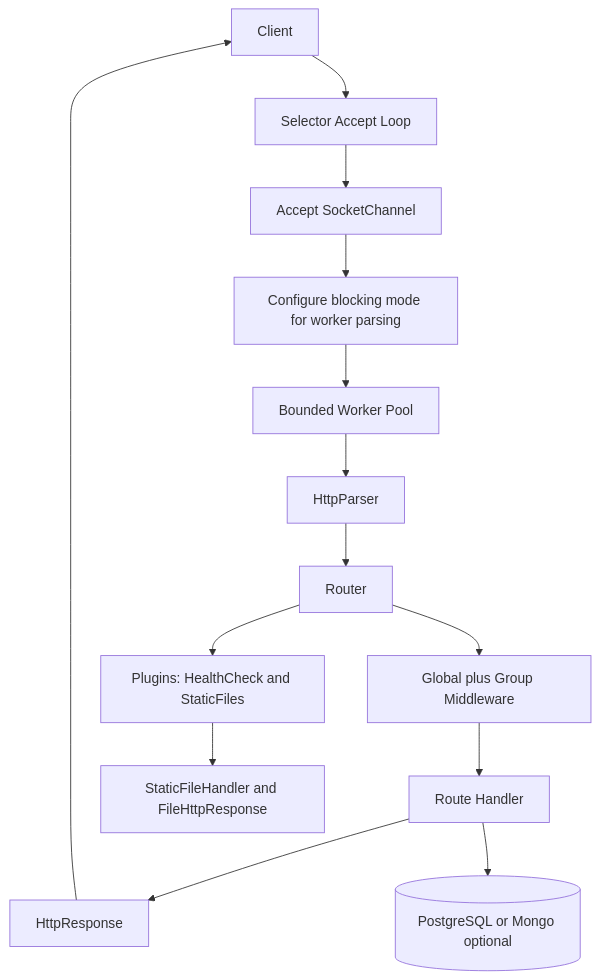
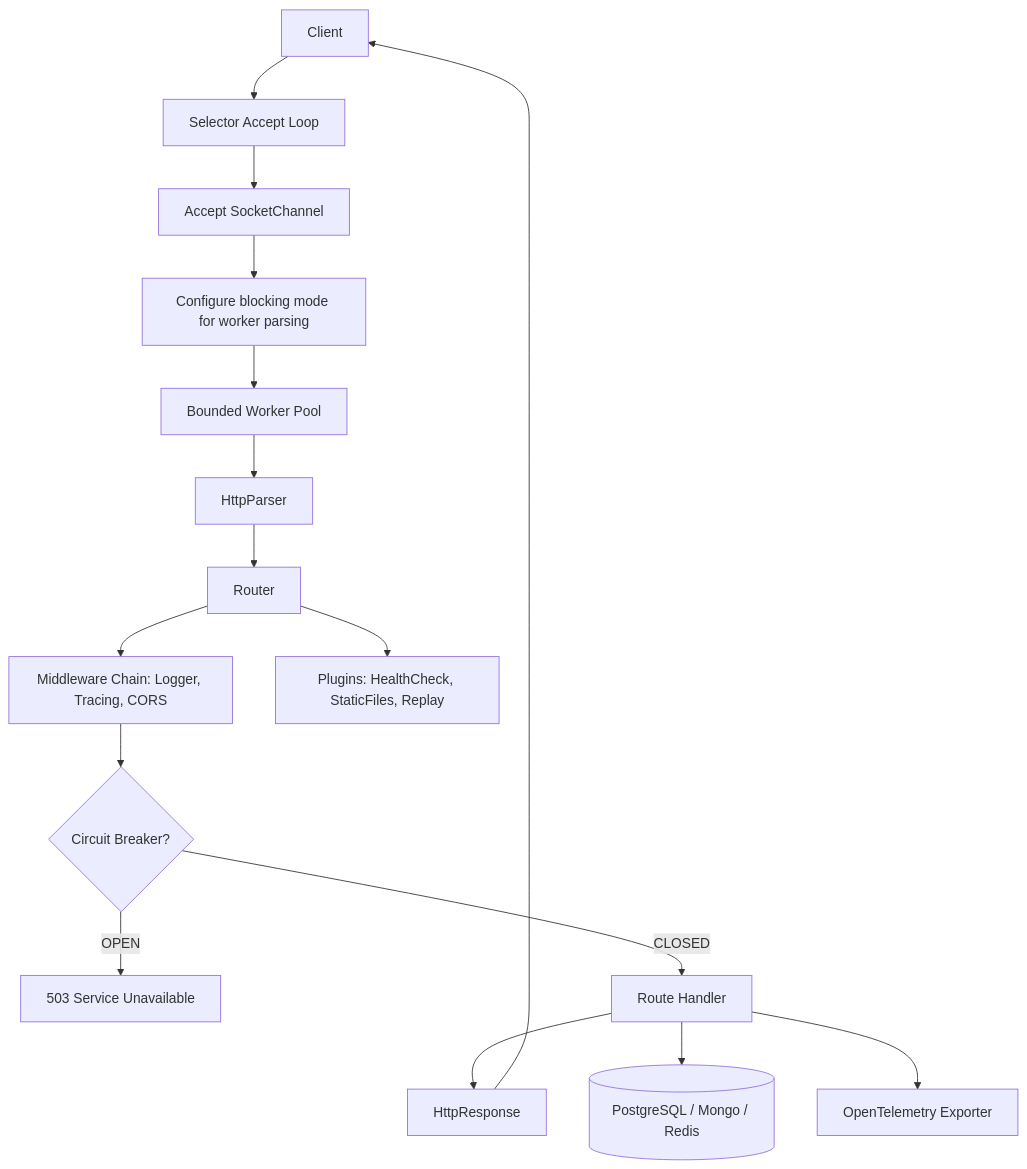
Before and after one commit to jhanvi857/coreHTTP: the first of 2 diagrams in README.md, drawn with Mermaid. The commit also changed other lines of this file, not shown here.

Commit message:
refactor diagrams

````diff
--- a/README.md
+++ b/README.md
@@ -337,17 +337,19 @@
 ```mermaid
 graph TD
     C[Client] --> SEL[Selector Accept Loop]
     SEL --> ACC[Accept SocketChannel]
     ACC --> BLK[Configure blocking mode for worker parsing]
     BLK --> WP[Bounded Worker Pool]
     WP --> HP[HttpParser]
     HP --> RT[Router]
-    RT --> MW[Global plus Group Middleware]
-    MW --> H[Route Handler]
+    RT --> MW[Middleware Chain: Logger, Tracing, CORS]
+    MW --> CB{Circuit Breaker?}
+    CB -- OPEN --> 503[503 Service Unavailable]
+    CB -- CLOSED --> H[Route Handler]
     H --> RESP[HttpResponse]
     RESP --> C
 
-    H --> DB[(PostgreSQL or Mongo optional)]
-    RT --> PLG[Plugins: HealthCheck and StaticFiles]
-    PLG --> FS[StaticFileHandler and FileHttpResponse]
+    H --> DB[(PostgreSQL / Mongo / Redis)]
+    H --> OT[OpenTelemetry Exporter]
+    RT --> PLG[Plugins: HealthCheck, StaticFiles, Replay]
 ```
````
